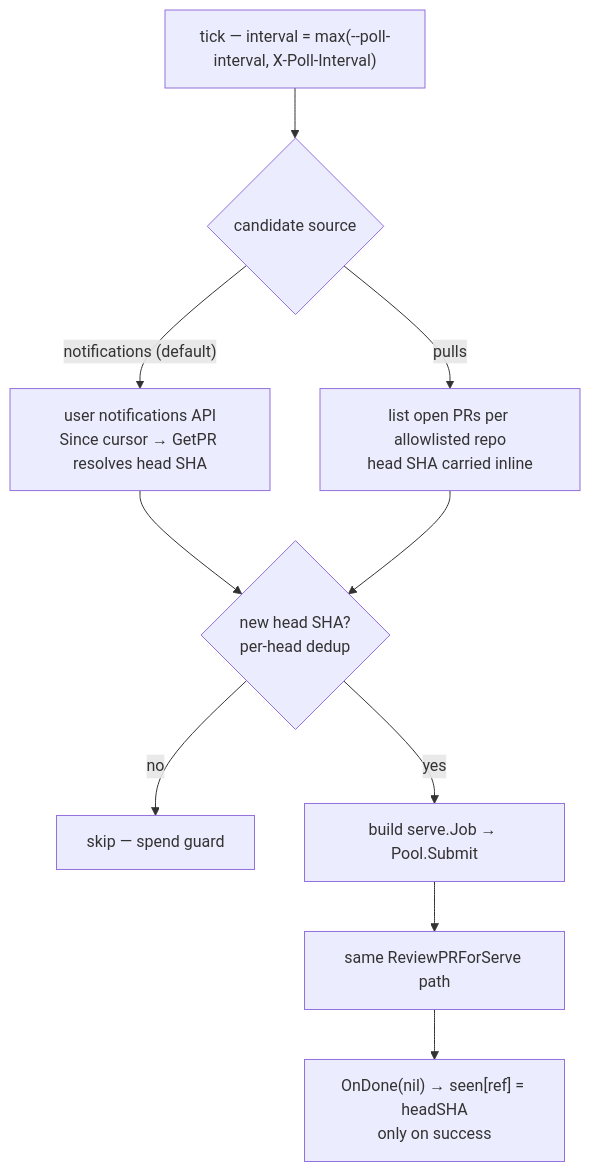
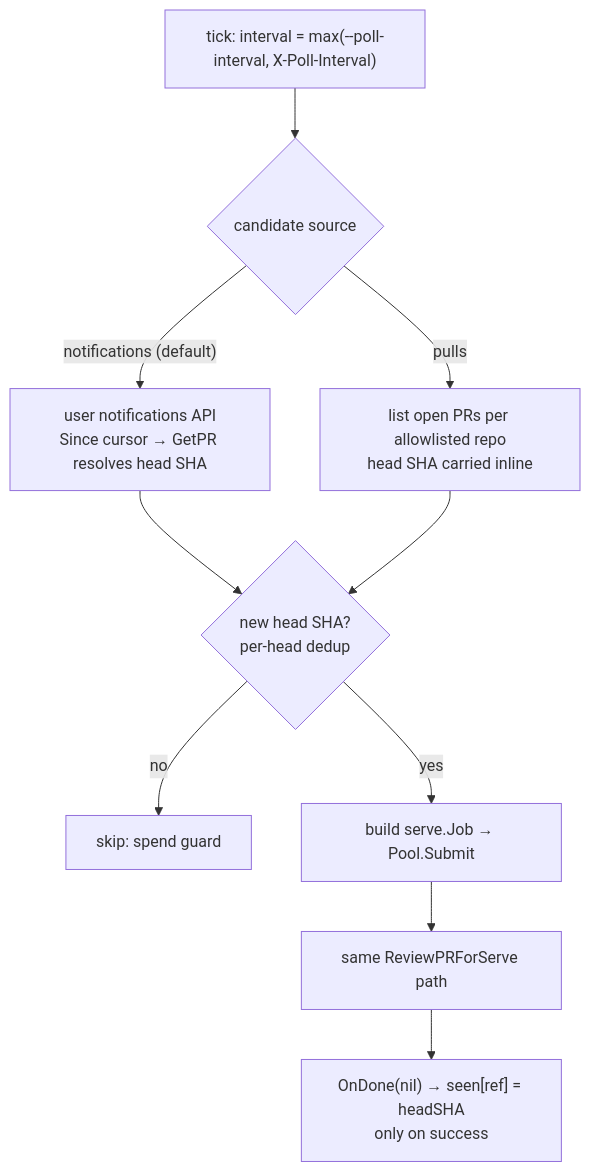
The eighth of 10 diagrams in docs/content/architecture.md (vanducng/miu-cr), drawn with Mermaid before and after one commit. The commit also changed other lines of this file and 40 other files, not shown here.

````diff
--- a/docs/content/architecture.md
+++ b/docs/content/architecture.md
@@ -346,12 +346,12 @@
 ```mermaid
 flowchart TD
-    Tick["tick — interval = max(--poll-interval, X-Poll-Interval)"] --> Src{"candidate source"}
+    Tick["tick: interval = max(--poll-interval, X-Poll-Interval)"] --> Src{"candidate source"}
     Src -->|"notifications (default)"| Notif["user notifications API<br/>Since cursor → GetPR resolves head SHA"]
     Src -->|"pulls"| Pulls["list open PRs per allowlisted repo<br/>head SHA carried inline"]
     Notif --> Dedup{"new head SHA?<br/>per-head dedup"}
     Pulls --> Dedup
-    Dedup -->|"no"| Skip["skip — spend guard"]
+    Dedup -->|"no"| Skip["skip: spend guard"]
     Dedup -->|"yes"| Job["build serve.Job → Pool.Submit"]
     Job --> Same["same ReviewPRForServe path"]
     Same --> OnDone["OnDone(nil) → seen[ref] = headSHA<br/>only on success"]
 ```
````
